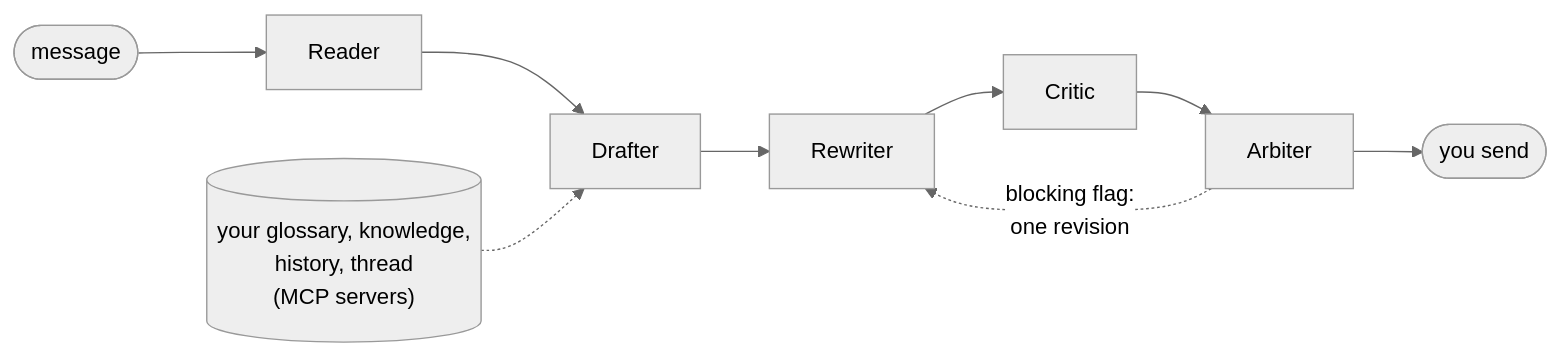
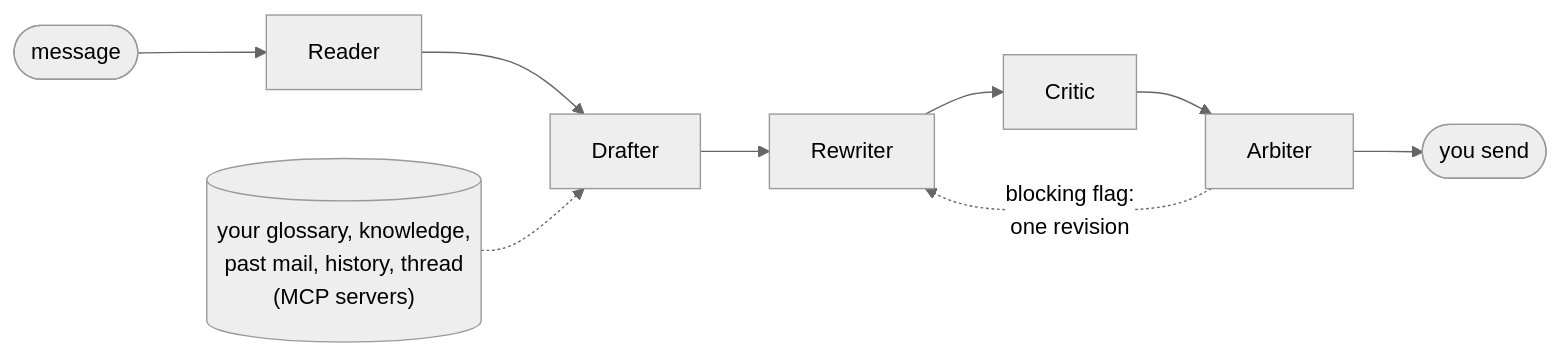
Before and after one commit to Saltef/Localect: the diagram in README.md, drawn with Mermaid (neutral theme). The commit also changed other lines of this file and 31 other files, not shown here.

````diff
--- a/README.md
+++ b/README.md
@@ -114,6 +124,6 @@
 ```mermaid
 flowchart LR
     IN([message]) --> R[Reader] --> D[Drafter] --> RW[Rewriter] --> C[Critic] --> A[Arbiter] --> OUT([you send])
-    MCP[("your glossary, knowledge,<br/>history, thread<br/>(MCP servers)")] -.-> D
+    MCP[("your glossary, knowledge,<br/>past mail, history, thread<br/>(MCP servers)")] -.-> D
     A -. "blocking flag:<br/>one revision" .-> RW
 ```
````
